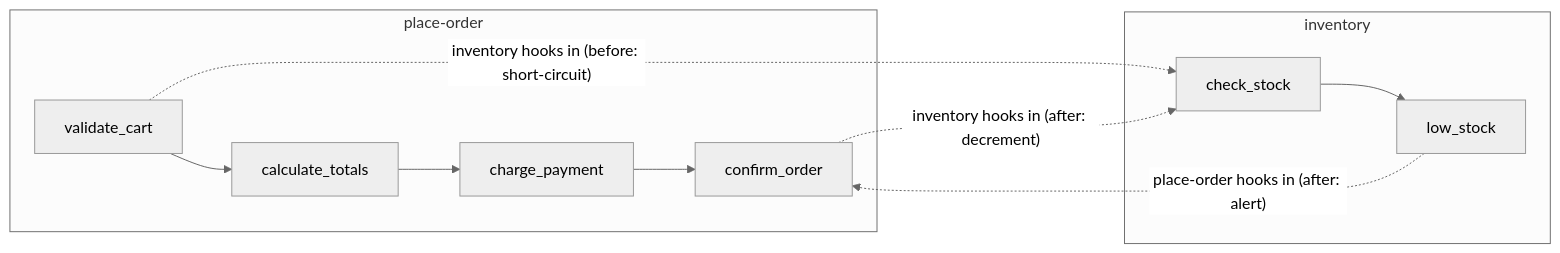
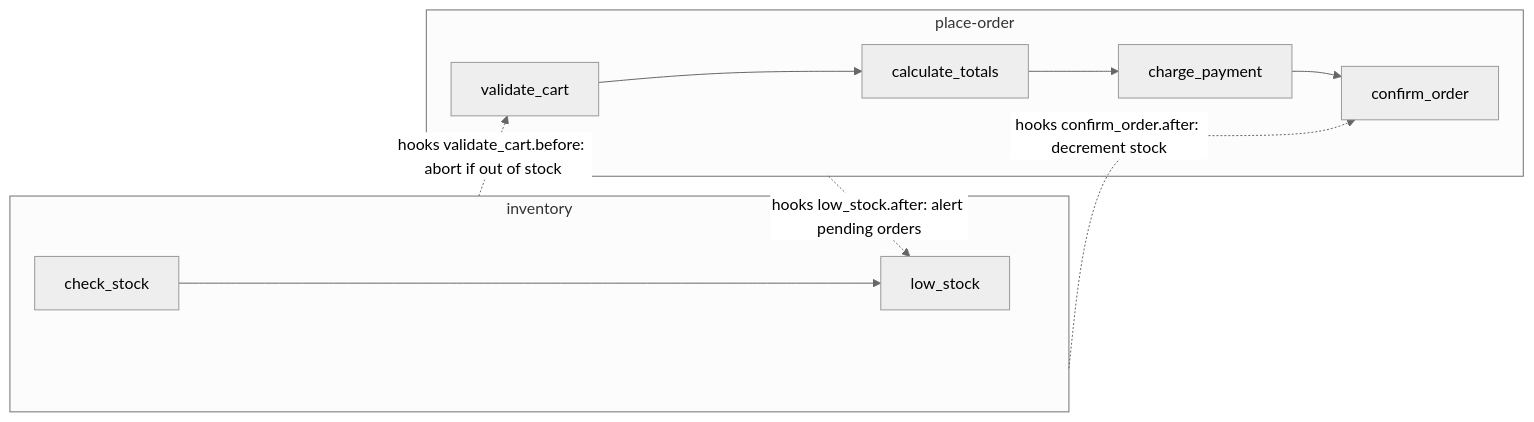
The diagram in projects/landing/cards/feature-first-advanced.md (epatel/vps-ai), drawn with Mermaid (neutral theme) before and after one commit. The commit also changed other lines of this file and 8 other files, not shown here.

````diff
--- a/projects/landing/cards/feature-first-advanced.md
+++ b/projects/landing/cards/feature-first-advanced.md
@@ -70,16 +72,16 @@
 ```mermaid
 graph LR
-  subgraph "place-order"
+  subgraph PO["place-order"]
     A["validate_cart"] --> B["calculate_totals"]
     B --> C["charge_payment"]
     C --> D["confirm_order"]
   end
 
-  subgraph "inventory"
+  subgraph INV["inventory"]
     E["check_stock"] --> F["low_stock"]
   end
 
-  A -.->|"inventory hooks in (before: short-circuit)"| E
-  D -.->|"inventory hooks in (after: decrement)"| E
-  F -.->|"place-order hooks in (after: alert)"| D
+  INV -.->|"hooks validate_cart.before: abort if out of stock"| A
+  INV -.->|"hooks confirm_order.after: decrement stock"| D
+  PO -.->|"hooks low_stock.after: alert pending orders"| F
 ```
````
